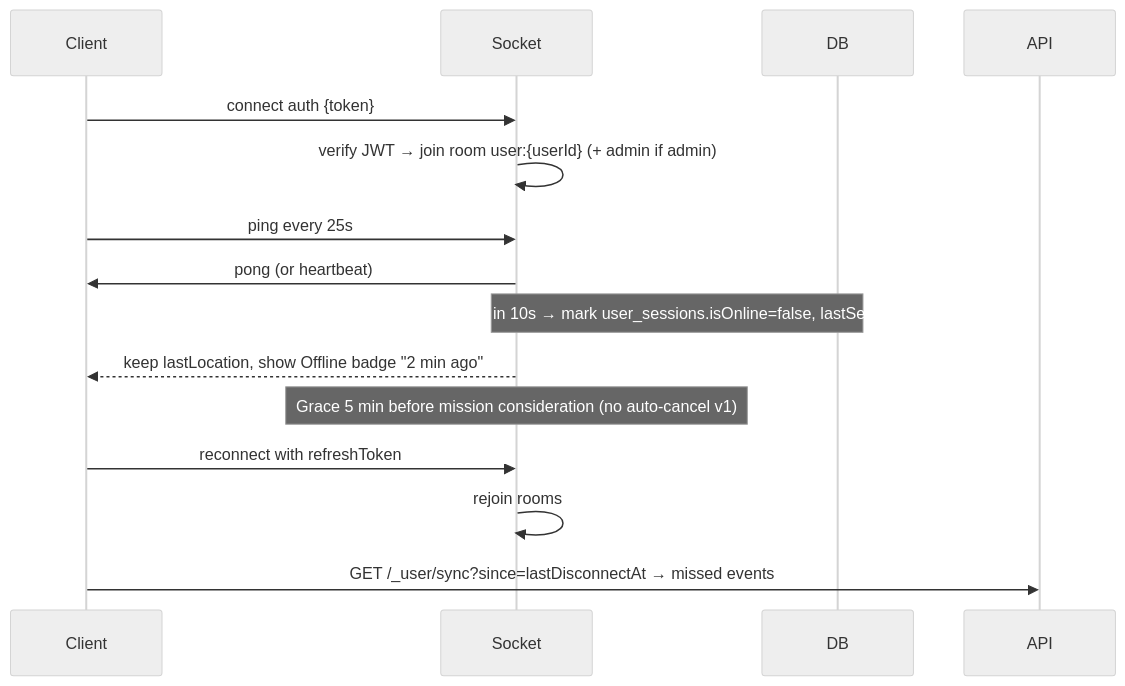
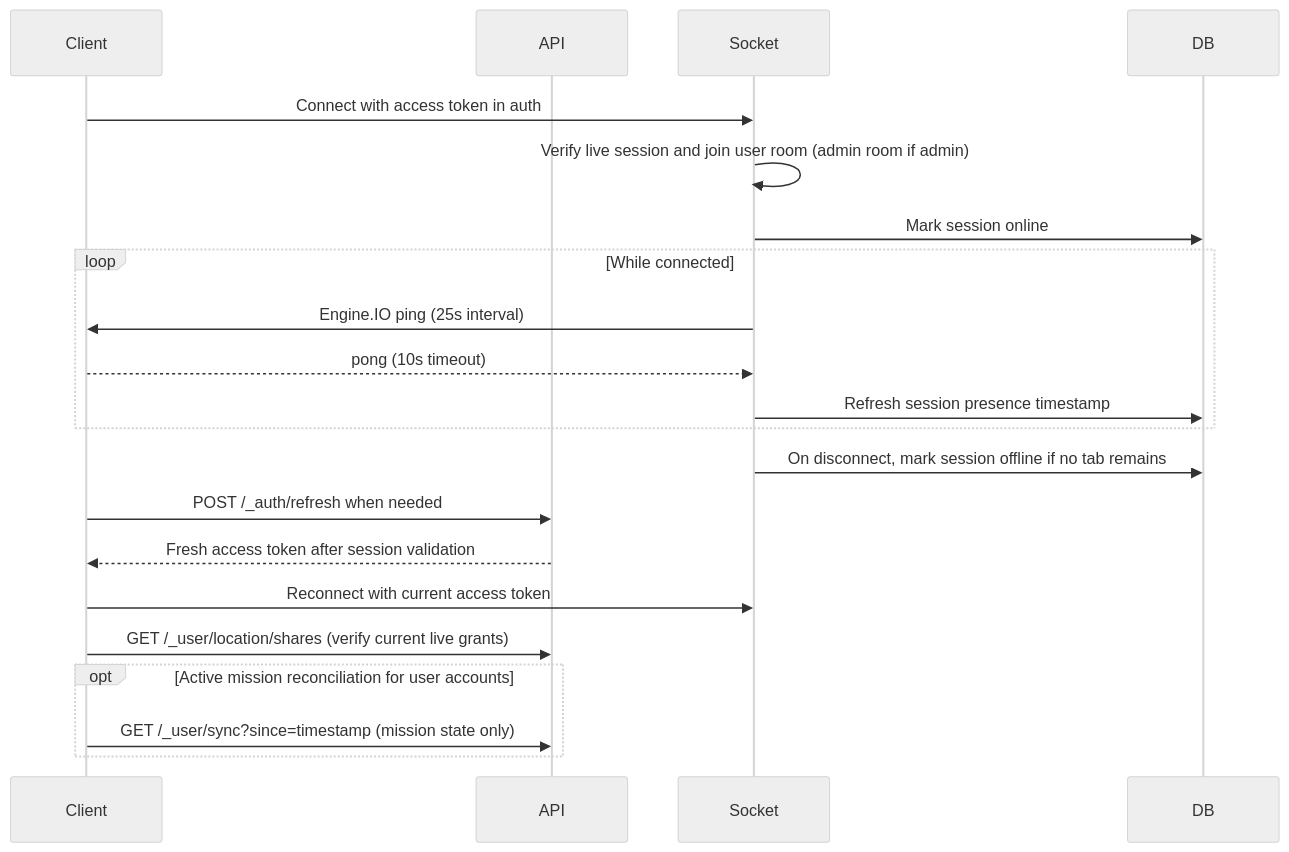
The fourth of 5 diagrams in docs/DIAGRAMS/LOCATION_SEQUENCE.md (komeilm76/borobiya), drawn with Mermaid (neutral theme) before and after one commit. The commit also changed other lines of this file and 2 other files, not shown here.

Commit message:
Review rendered location sharing diagrams against live contracts

````diff
--- a/docs/DIAGRAMS/LOCATION_SEQUENCE.md
+++ b/docs/DIAGRAMS/LOCATION_SEQUENCE.md
@@ -80,16 +86,23 @@
 ```mermaid
 sequenceDiagram
   participant Client
+  participant API
   participant Socket
   participant DB
-  Client->>Socket: connect auth {token}
-  Socket->>Socket: verify JWT → join room user:{userId} (+ admin if admin)
-  Client->>Socket: ping every 25s
-  Socket->>Client: pong (or heartbeat)
-  Note over Socket,DB: If no pong in 10s → mark user_sessions.isOnline=false, lastSeenAt=now
-  Socket-->>Client: keep lastLocation, show Offline badge "2 min ago"
-  Note over Socket: Grace 5 min before mission consideration (no auto-cancel v1)
-  Client->>Socket: reconnect with refreshToken
-  Socket->>Socket: rejoin rooms
-  Client->>API: GET /_user/sync?since=lastDisconnectAt → missed events
+  Client->>Socket: Connect with access token in auth
+  Socket->>Socket: Verify live session and join user room (admin room if admin)
+  Socket->>DB: Mark session online
+  loop While connected
+    Socket->>Client: Engine.IO ping (25s interval)
+    Client-->>Socket: pong (10s timeout)
+    Socket->>DB: Refresh session presence timestamp
+  end
+  Socket->>DB: On disconnect, mark session offline if no tab remains
+  Client->>API: POST /_auth/refresh when needed
+  API-->>Client: Fresh access token after session validation
+  Client->>Socket: Reconnect with current access token
+  Client->>API: GET /_user/location/shares (verify current live grants)
+  opt Active mission reconciliation for user accounts
+    Client->>API: GET /_user/sync?since=timestamp (mission state only)
+  end
 ```
````
